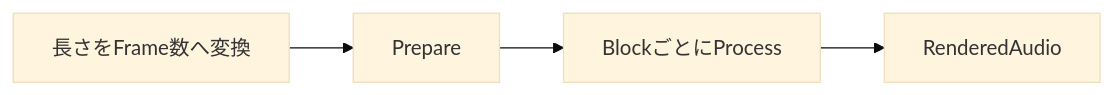
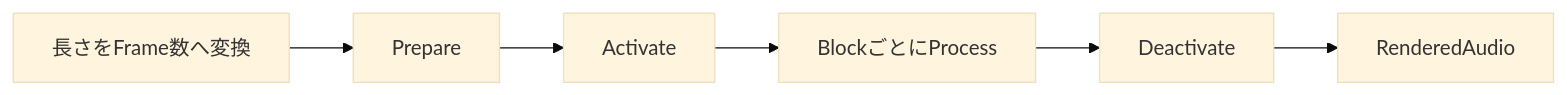
Before and after one commit to endo-ly/sonalloy: the fourth of 4 diagrams in docs/runtime-processing.md, drawn with Mermaid (base theme). The commit also changed other lines of this file and 3 other files, not shown here.

````diff
--- a/docs/runtime-processing.md
+++ b/docs/runtime-processing.md
@@ -214,6 +239,8 @@
 ```mermaid
 flowchart LR
     A[長さをFrame数へ変換] --> B[Prepare]
-    B --> C[BlockごとにProcess]
-    C --> D[RenderedAudio]
+    B --> C[Activate]
+    C --> D[BlockごとにProcess]
+    D --> E[Deactivate]
+    E --> F[RenderedAudio]
 ```
````
